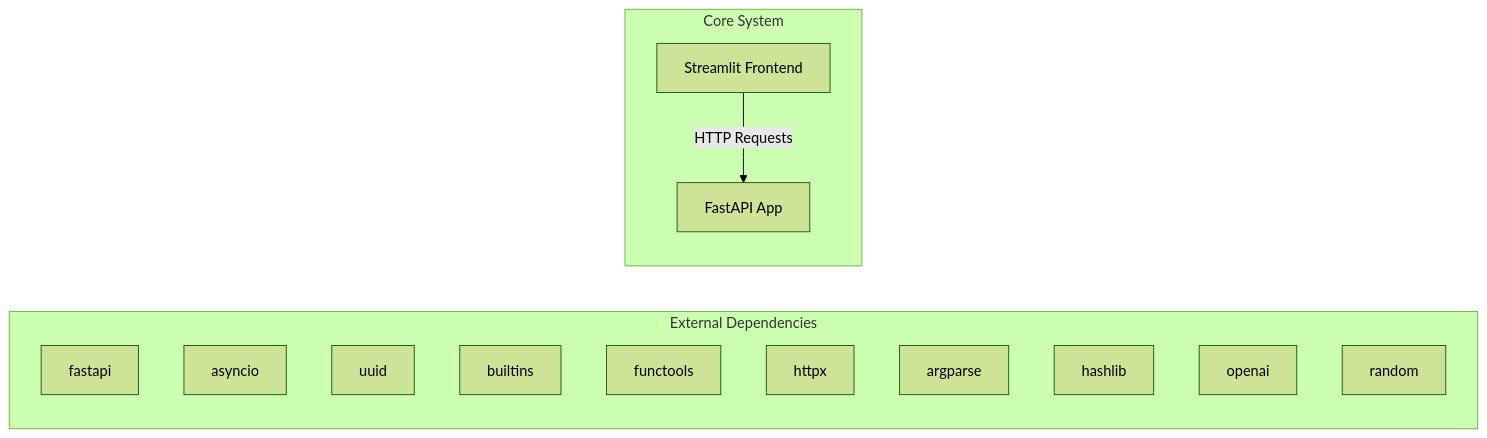
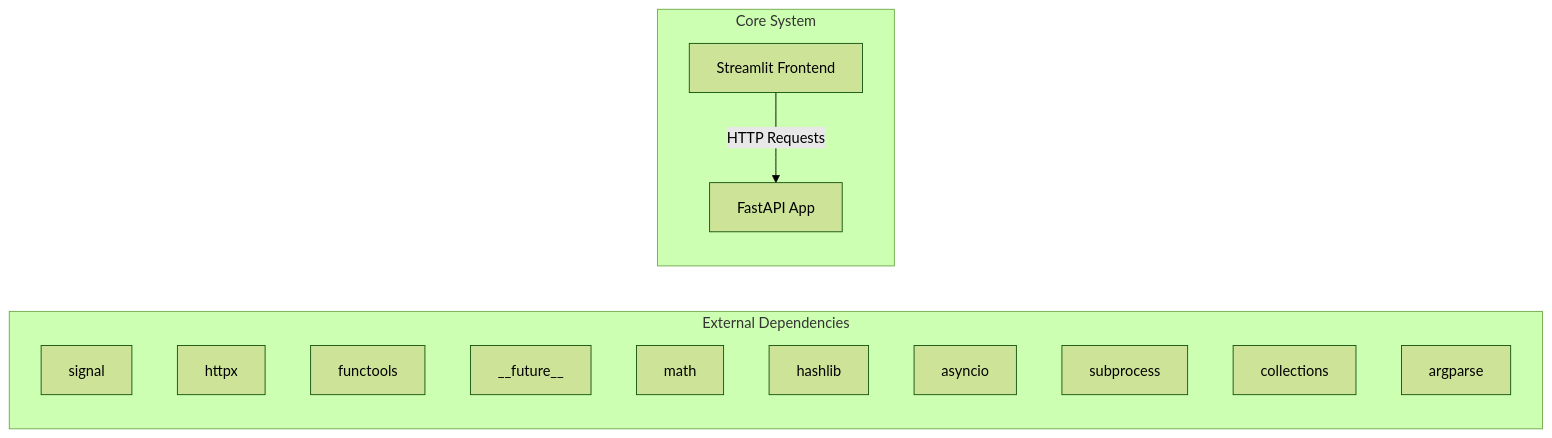
The first of 2 diagrams in docs/architecture.md (NITISH-R-G/rag-context-optimizer), drawn with Mermaid (forest theme) before and after one commit. The commit also changed 1 other file, not shown here.

Commit message:
docs: auto-update repository knowledge, architecture diagrams, and documentation

````diff
--- a/docs/architecture.md
+++ b/docs/architecture.md
@@ -7,20 +7,20 @@
 ```mermaid
 graph LR
     subgraph External Dependencies
-        E0["fastapi"]
-        E1["asyncio"]
-        E2["uuid"]
-        E3["builtins"]
-        E4["functools"]
-        E5["httpx"]
-        E6["argparse"]
-        E7["hashlib"]
-        E8["openai"]
-        E9["random"]
+        E0["signal"]
+        E1["httpx"]
+        E2["functools"]
+        E3["__future__"]
+        E4["math"]
+        E5["hashlib"]
+        E6["asyncio"]
+        E7["subprocess"]
+        E8["collections"]
+        E9["argparse"]
     end
     subgraph Core System
         API["FastAPI App"]
         UI["Streamlit Frontend"]
     end
     UI -->|HTTP Requests| API
 ```
````
